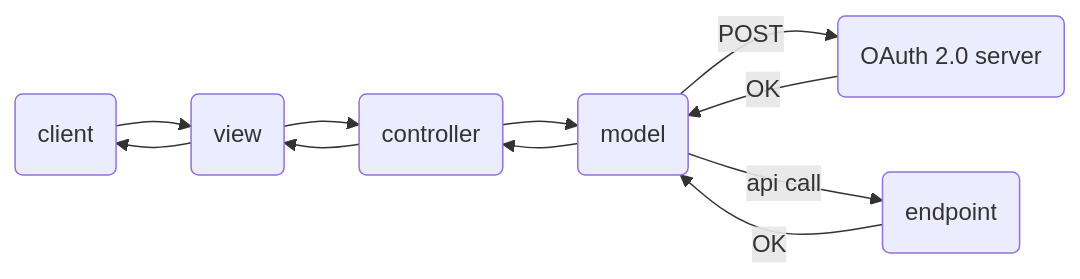
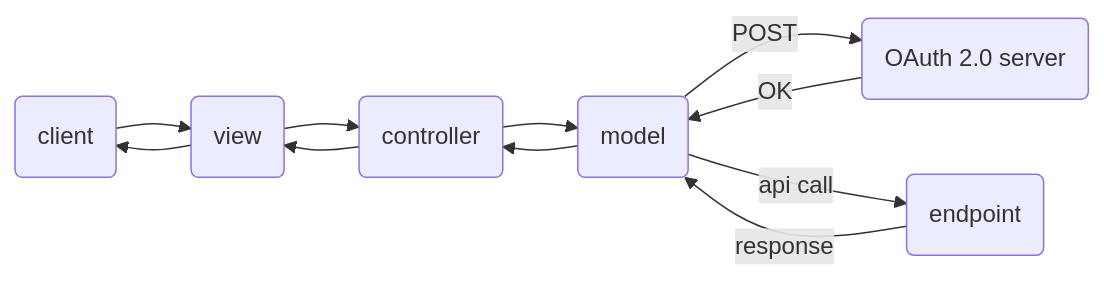
One commit to sauravdwivedi/Apps changed the diagram in Python/api-testing-gui-app/README.md. Above: the diagram before and after it, drawn with Mermaid.

````diff
--- a/Python/api-testing-gui-app/README.md
+++ b/Python/api-testing-gui-app/README.md
@@ -7,13 +7,13 @@
 ```mermaid
 flowchart LR
     A(client) --> B(view)
     B --> C(controller)
     C --> D(model)
     D --> |POST| E(OAuth 2.0 server)
     E --> |OK| D
     D --> |api call| F(endpoint)
-    F --> |OK| D
+    F --> |response| D
     D --> C
     C --> B
     B --> A
 ```
````
